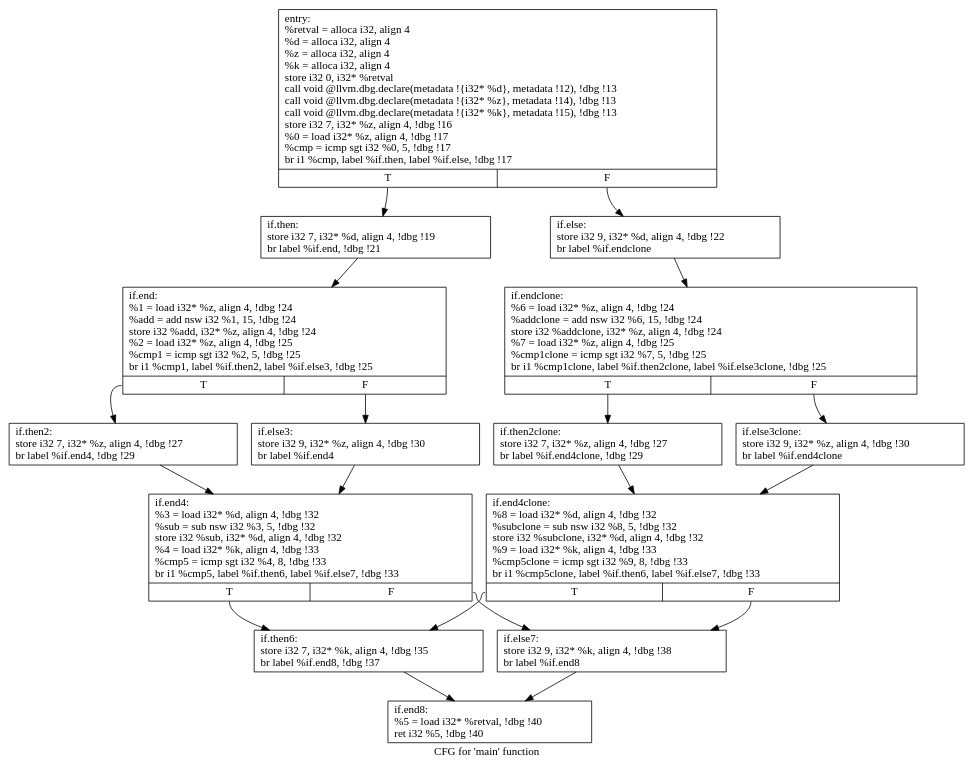
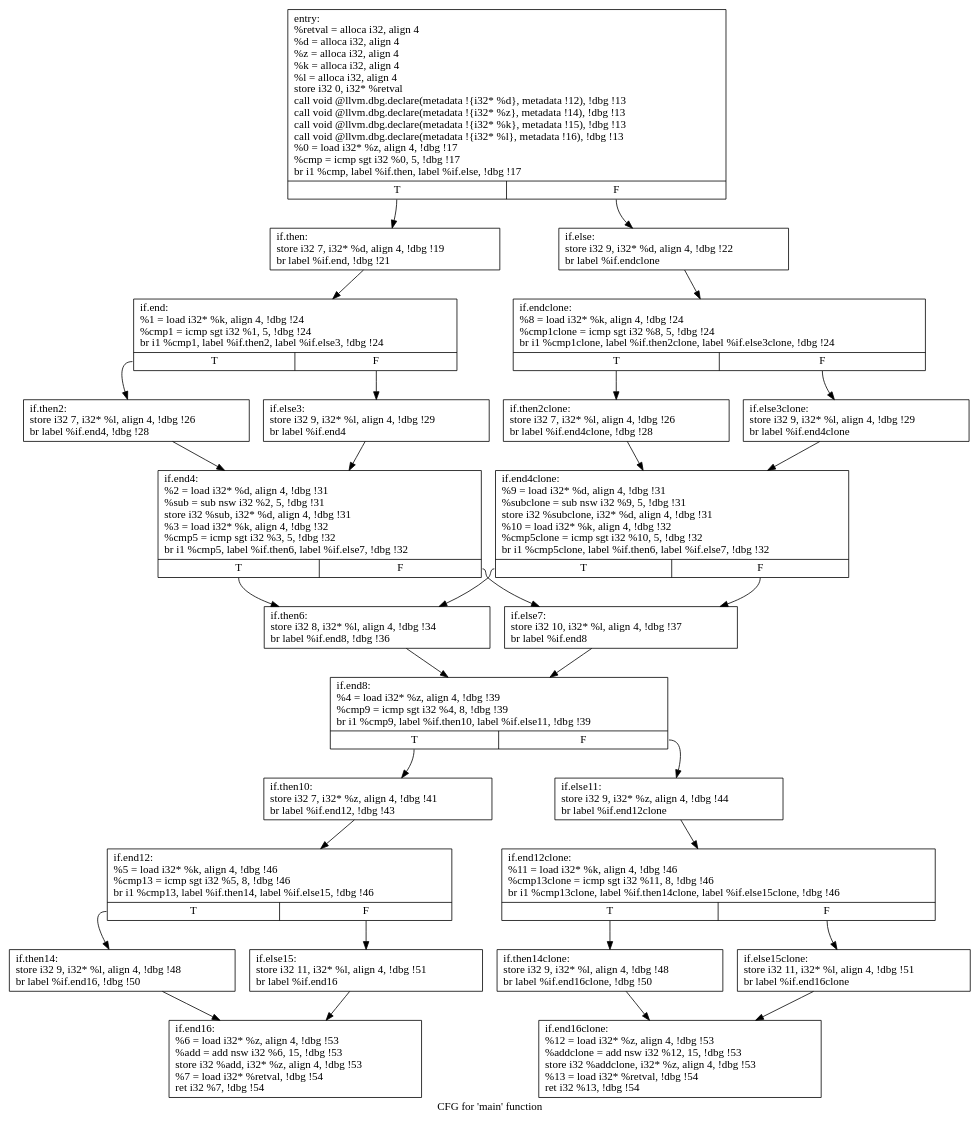
Before and after one commit to ddr2108/CS6241-Array_Bounding: the diagram in Work/Pass/Part 3/cfg.main.dot, drawn with Graphviz. The commit also changed 1 other file, not shown here.

```diff
--- a/Work/Pass/Part 3/cfg.main.dot
+++ b/Work/Pass/Part 3/cfg.main.dot
@@ -1,36 +1,58 @@
 digraph "CFG for 'main' function" {
 	label="CFG for 'main' function";
 
-	Node0x2389e10 [shape=record,label="{entry:\l  %retval = alloca i32, align 4\l  %d = alloca i32, align 4\l  %z = alloca i32, align 4\l  %k = alloca i32, align 4\l  store i32 0, i32* %retval\l  call void @llvm.dbg.declare(metadata !\{i32* %d\}, metadata !12), !dbg !13\l  call void @llvm.dbg.declare(metadata !\{i32* %z\}, metadata !14), !dbg !13\l  call void @llvm.dbg.declare(metadata !\{i32* %k\}, metadata !15), !dbg !13\l  store i32 7, i32* %z, align 4, !dbg !16\l  %0 = load i32* %z, align 4, !dbg !17\l  %cmp = icmp sgt i32 %0, 5, !dbg !17\l  br i1 %cmp, label %if.then, label %if.else, !dbg !17\l|{<s0>T|<s1>F}}"];
-	Node0x2389e10:s0 -> Node0x2389e70;
-	Node0x2389e10:s1 -> Node0x2389ed0;
-	Node0x2389e70 [shape=record,label="{if.then:                                          \l  store i32 7, i32* %d, align 4, !dbg !19\l  br label %if.end, !dbg !21\l}"];
-	Node0x2389e70 -> Node0x2389f30;
-	Node0x2389ed0 [shape=record,label="{if.else:                                          \l  store i32 9, i32* %d, align 4, !dbg !22\l  br label %if.endclone\l}"];
-	Node0x2389ed0 -> Node0x23b07d0;
-	Node0x2389f30 [shape=record,label="{if.end:                                           \l  %1 = load i32* %z, align 4, !dbg !24\l  %add = add nsw i32 %1, 15, !dbg !24\l  store i32 %add, i32* %z, align 4, !dbg !24\l  %2 = load i32* %z, align 4, !dbg !25\l  %cmp1 = icmp sgt i32 %2, 5, !dbg !25\l  br i1 %cmp1, label %if.then2, label %if.else3, !dbg !25\l|{<s0>T|<s1>F}}"];
-	Node0x2389f30:s0 -> Node0x23990e0;
-	Node0x2389f30:s1 -> Node0x2399140;
-	Node0x23990e0 [shape=record,label="{if.then2:                                         \l  store i32 7, i32* %z, align 4, !dbg !27\l  br label %if.end4, !dbg !29\l}"];
-	Node0x23990e0 -> Node0x23991a0;
-	Node0x2399140 [shape=record,label="{if.else3:                                         \l  store i32 9, i32* %z, align 4, !dbg !30\l  br label %if.end4\l}"];
-	Node0x2399140 -> Node0x23991a0;
-	Node0x23991a0 [shape=record,label="{if.end4:                                          \l  %3 = load i32* %d, align 4, !dbg !32\l  %sub = sub nsw i32 %3, 5, !dbg !32\l  store i32 %sub, i32* %d, align 4, !dbg !32\l  %4 = load i32* %k, align 4, !dbg !33\l  %cmp5 = icmp sgt i32 %4, 8, !dbg !33\l  br i1 %cmp5, label %if.then6, label %if.else7, !dbg !33\l|{<s0>T|<s1>F}}"];
-	Node0x23991a0:s0 -> Node0x2399200;
-	Node0x23991a0:s1 -> Node0x2399260;
-	Node0x2399200 [shape=record,label="{if.then6:                                         \l  store i32 7, i32* %k, align 4, !dbg !35\l  br label %if.end8, !dbg !37\l}"];
-	Node0x2399200 -> Node0x23992c0;
-	Node0x2399260 [shape=record,label="{if.else7:                                         \l  store i32 9, i32* %k, align 4, !dbg !38\l  br label %if.end8\l}"];
-	Node0x2399260 -> Node0x23992c0;
-	Node0x23992c0 [shape=record,label="{if.end8:                                          \l  %5 = load i32* %retval, !dbg !40\l  ret i32 %5, !dbg !40\l}"];
-	Node0x23b07d0 [shape=record,label="{if.endclone:                                      \l  %6 = load i32* %z, align 4, !dbg !24\l  %addclone = add nsw i32 %6, 15, !dbg !24\l  store i32 %addclone, i32* %z, align 4, !dbg !24\l  %7 = load i32* %z, align 4, !dbg !25\l  %cmp1clone = icmp sgt i32 %7, 5, !dbg !25\l  br i1 %cmp1clone, label %if.then2clone, label %if.else3clone, !dbg !25\l|{<s0>T|<s1>F}}"];
-	Node0x23b07d0:s0 -> Node0x23b0ce0;
-	Node0x23b07d0:s1 -> Node0x23b0eb0;
-	Node0x23b0ce0 [shape=record,label="{if.then2clone:                                    \l  store i32 7, i32* %z, align 4, !dbg !27\l  br label %if.end4clone, !dbg !29\l}"];
-	Node0x23b0ce0 -> Node0x23b1160;
-	Node0x23b0eb0 [shape=record,label="{if.else3clone:                                    \l  store i32 9, i32* %z, align 4, !dbg !30\l  br label %if.end4clone\l}"];
-	Node0x23b0eb0 -> Node0x23b1160;
-	Node0x23b1160 [shape=record,label="{if.end4clone:                                     \l  %8 = load i32* %d, align 4, !dbg !32\l  %subclone = sub nsw i32 %8, 5, !dbg !32\l  store i32 %subclone, i32* %d, align 4, !dbg !32\l  %9 = load i32* %k, align 4, !dbg !33\l  %cmp5clone = icmp sgt i32 %9, 8, !dbg !33\l  br i1 %cmp5clone, label %if.then6, label %if.else7, !dbg !33\l|{<s0>T|<s1>F}}"];
-	Node0x23b1160:s0 -> Node0x2399200;
-	Node0x23b1160:s1 -> Node0x2399260;
+	Node0x2f16170 [shape=record,label="{entry:\l  %retval = alloca i32, align 4\l  %d = alloca i32, align 4\l  %z = alloca i32, align 4\l  %k = alloca i32, align 4\l  %l = alloca i32, align 4\l  store i32 0, i32* %retval\l  call void @llvm.dbg.declare(metadata !\{i32* %d\}, metadata !12), !dbg !13\l  call void @llvm.dbg.declare(metadata !\{i32* %z\}, metadata !14), !dbg !13\l  call void @llvm.dbg.declare(metadata !\{i32* %k\}, metadata !15), !dbg !13\l  call void @llvm.dbg.declare(metadata !\{i32* %l\}, metadata !16), !dbg !13\l  %0 = load i32* %z, align 4, !dbg !17\l  %cmp = icmp sgt i32 %0, 5, !dbg !17\l  br i1 %cmp, label %if.then, label %if.else, !dbg !17\l|{<s0>T|<s1>F}}"];
+	Node0x2f16170:s0 -> Node0x2f161d0;
+	Node0x2f16170:s1 -> Node0x2f16230;
+	Node0x2f161d0 [shape=record,label="{if.then:                                          \l  store i32 7, i32* %d, align 4, !dbg !19\l  br label %if.end, !dbg !21\l}"];
+	Node0x2f161d0 -> Node0x2f16290;
+	Node0x2f16230 [shape=record,label="{if.else:                                          \l  store i32 9, i32* %d, align 4, !dbg !22\l  br label %if.endclone\l}"];
+	Node0x2f16230 -> Node0x2f309e0;
+	Node0x2f16290 [shape=record,label="{if.end:                                           \l  %1 = load i32* %k, align 4, !dbg !24\l  %cmp1 = icmp sgt i32 %1, 5, !dbg !24\l  br i1 %cmp1, label %if.then2, label %if.else3, !dbg !24\l|{<s0>T|<s1>F}}"];
+	Node0x2f16290:s0 -> Node0x2f162f0;
+	Node0x2f16290:s1 -> Node0x2f16350;
+	Node0x2f162f0 [shape=record,label="{if.then2:                                         \l  store i32 7, i32* %l, align 4, !dbg !26\l  br label %if.end4, !dbg !28\l}"];
+	Node0x2f162f0 -> Node0x2f163b0;
+	Node0x2f16350 [shape=record,label="{if.else3:                                         \l  store i32 9, i32* %l, align 4, !dbg !29\l  br label %if.end4\l}"];
+	Node0x2f16350 -> Node0x2f163b0;
+	Node0x2f163b0 [shape=record,label="{if.end4:                                          \l  %2 = load i32* %d, align 4, !dbg !31\l  %sub = sub nsw i32 %2, 5, !dbg !31\l  store i32 %sub, i32* %d, align 4, !dbg !31\l  %3 = load i32* %k, align 4, !dbg !32\l  %cmp5 = icmp sgt i32 %3, 5, !dbg !32\l  br i1 %cmp5, label %if.then6, label %if.else7, !dbg !32\l|{<s0>T|<s1>F}}"];
+	Node0x2f163b0:s0 -> Node0x2f16410;
+	Node0x2f163b0:s1 -> Node0x2f16470;
+	Node0x2f16410 [shape=record,label="{if.then6:                                         \l  store i32 8, i32* %l, align 4, !dbg !34\l  br label %if.end8, !dbg !36\l}"];
+	Node0x2f16410 -> Node0x2f164d0;
+	Node0x2f16470 [shape=record,label="{if.else7:                                         \l  store i32 10, i32* %l, align 4, !dbg !37\l  br label %if.end8\l}"];
+	Node0x2f16470 -> Node0x2f164d0;
+	Node0x2f164d0 [shape=record,label="{if.end8:                                          \l  %4 = load i32* %z, align 4, !dbg !39\l  %cmp9 = icmp sgt i32 %4, 8, !dbg !39\l  br i1 %cmp9, label %if.then10, label %if.else11, !dbg !39\l|{<s0>T|<s1>F}}"];
+	Node0x2f164d0:s0 -> Node0x2f16530;
+	Node0x2f164d0:s1 -> Node0x2f16590;
+	Node0x2f16530 [shape=record,label="{if.then10:                                        \l  store i32 7, i32* %z, align 4, !dbg !41\l  br label %if.end12, !dbg !43\l}"];
+	Node0x2f16530 -> Node0x2f165f0;
+	Node0x2f16590 [shape=record,label="{if.else11:                                        \l  store i32 9, i32* %z, align 4, !dbg !44\l  br label %if.end12clone\l}"];
+	Node0x2f16590 -> Node0x2f31280;
+	Node0x2f165f0 [shape=record,label="{if.end12:                                         \l  %5 = load i32* %k, align 4, !dbg !46\l  %cmp13 = icmp sgt i32 %5, 8, !dbg !46\l  br i1 %cmp13, label %if.then14, label %if.else15, !dbg !46\l|{<s0>T|<s1>F}}"];
+	Node0x2f165f0:s0 -> Node0x2f16650;
+	Node0x2f165f0:s1 -> Node0x2f166b0;
+	Node0x2f16650 [shape=record,label="{if.then14:                                        \l  store i32 9, i32* %l, align 4, !dbg !48\l  br label %if.end16, !dbg !50\l}"];
+	Node0x2f16650 -> Node0x2f16710;
+	Node0x2f166b0 [shape=record,label="{if.else15:                                        \l  store i32 11, i32* %l, align 4, !dbg !51\l  br label %if.end16\l}"];
+	Node0x2f166b0 -> Node0x2f16710;
+	Node0x2f16710 [shape=record,label="{if.end16:                                         \l  %6 = load i32* %z, align 4, !dbg !53\l  %add = add nsw i32 %6, 15, !dbg !53\l  store i32 %add, i32* %z, align 4, !dbg !53\l  %7 = load i32* %retval, !dbg !54\l  ret i32 %7, !dbg !54\l}"];
+	Node0x2f309e0 [shape=record,label="{if.endclone:                                      \l  %8 = load i32* %k, align 4, !dbg !24\l  %cmp1clone = icmp sgt i32 %8, 5, !dbg !24\l  br i1 %cmp1clone, label %if.then2clone, label %if.else3clone, !dbg !24\l|{<s0>T|<s1>F}}"];
+	Node0x2f309e0:s0 -> Node0x2f30ca0;
+	Node0x2f309e0:s1 -> Node0x2f30ec0;
+	Node0x2f30ca0 [shape=record,label="{if.then2clone:                                    \l  store i32 7, i32* %l, align 4, !dbg !26\l  br label %if.end4clone, !dbg !28\l}"];
+	Node0x2f30ca0 -> Node0x2f310b0;
+	Node0x2f30ec0 [shape=record,label="{if.else3clone:                                    \l  store i32 9, i32* %l, align 4, !dbg !29\l  br label %if.end4clone\l}"];
+	Node0x2f30ec0 -> Node0x2f310b0;
+	Node0x2f310b0 [shape=record,label="{if.end4clone:                                     \l  %9 = load i32* %d, align 4, !dbg !31\l  %subclone = sub nsw i32 %9, 5, !dbg !31\l  store i32 %subclone, i32* %d, align 4, !dbg !31\l  %10 = load i32* %k, align 4, !dbg !32\l  %cmp5clone = icmp sgt i32 %10, 5, !dbg !32\l  br i1 %cmp5clone, label %if.then6, label %if.else7, !dbg !32\l|{<s0>T|<s1>F}}"];
+	Node0x2f310b0:s0 -> Node0x2f16410;
+	Node0x2f310b0:s1 -> Node0x2f16470;
+	Node0x2f31280 [shape=record,label="{if.end12clone:                                    \l  %11 = load i32* %k, align 4, !dbg !46\l  %cmp13clone = icmp sgt i32 %11, 8, !dbg !46\l  br i1 %cmp13clone, label %if.then14clone, label %if.else15clone, !dbg !46\l|{<s0>T|<s1>F}}"];
+	Node0x2f31280:s0 -> Node0x2f31a70;
+	Node0x2f31280:s1 -> Node0x2f31cc0;
+	Node0x2f31a70 [shape=record,label="{if.then14clone:                                   \l  store i32 9, i32* %l, align 4, !dbg !48\l  br label %if.end16clone, !dbg !50\l}"];
+	Node0x2f31a70 -> Node0x2f31eb0;
+	Node0x2f31cc0 [shape=record,label="{if.else15clone:                                   \l  store i32 11, i32* %l, align 4, !dbg !51\l  br label %if.end16clone\l}"];
+	Node0x2f31cc0 -> Node0x2f31eb0;
+	Node0x2f31eb0 [shape=record,label="{if.end16clone:                                    \l  %12 = load i32* %z, align 4, !dbg !53\l  %addclone = add nsw i32 %12, 15, !dbg !53\l  store i32 %addclone, i32* %z, align 4, !dbg !53\l  %13 = load i32* %retval, !dbg !54\l  ret i32 %13, !dbg !54\l}"];
 }
```
